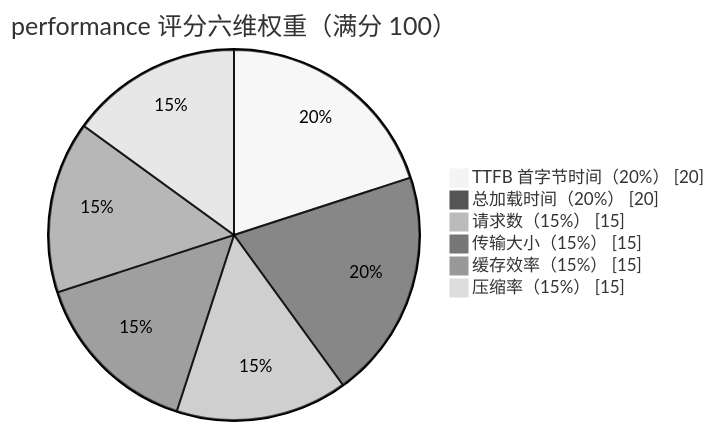
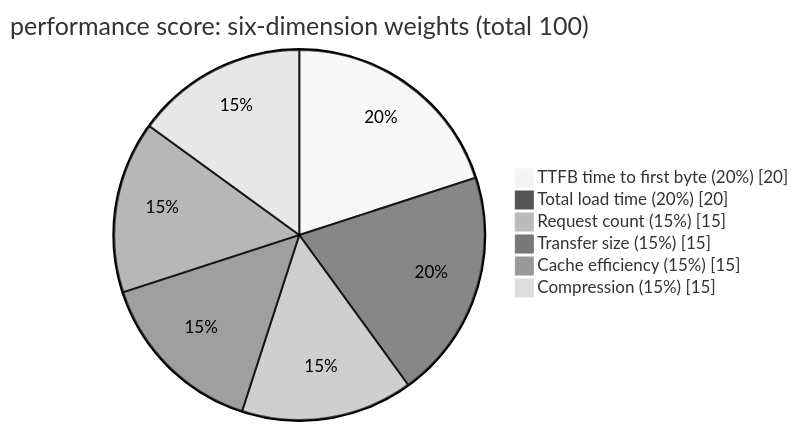
The first of 2 diagrams in website/zh/cli/analysis.md (hitechcloud-vietnam/har-skills), drawn with Mermaid (neutral theme) before and after one commit. The commit also changed other lines of this file and 97 other files, not shown here.

````diff
--- a/website/zh/cli/analysis.md
+++ b/website/zh/cli/analysis.md
@@ -24,10 +24,10 @@
 ```mermaid
 pie showData
-    title performance 评分六维权重（满分 100）
-    "TTFB 首字节时间（20%）" : 20
-    "总加载时间（20%）" : 20
-    "请求数（15%）" : 15
-    "传输大小（15%）" : 15
-    "缓存效率（15%）" : 15
-    "压缩率（15%）" : 15
+    title performance score: six-dimension weights (total 100)
+    "TTFB time to first byte (20%)" : 20
+    "Total load time (20%)" : 20
+    "Request count (15%)" : 15
+    "Transfer size (15%)" : 15
+    "Cache efficiency (15%)" : 15
+    "Compression (15%)" : 15
 ```
````
